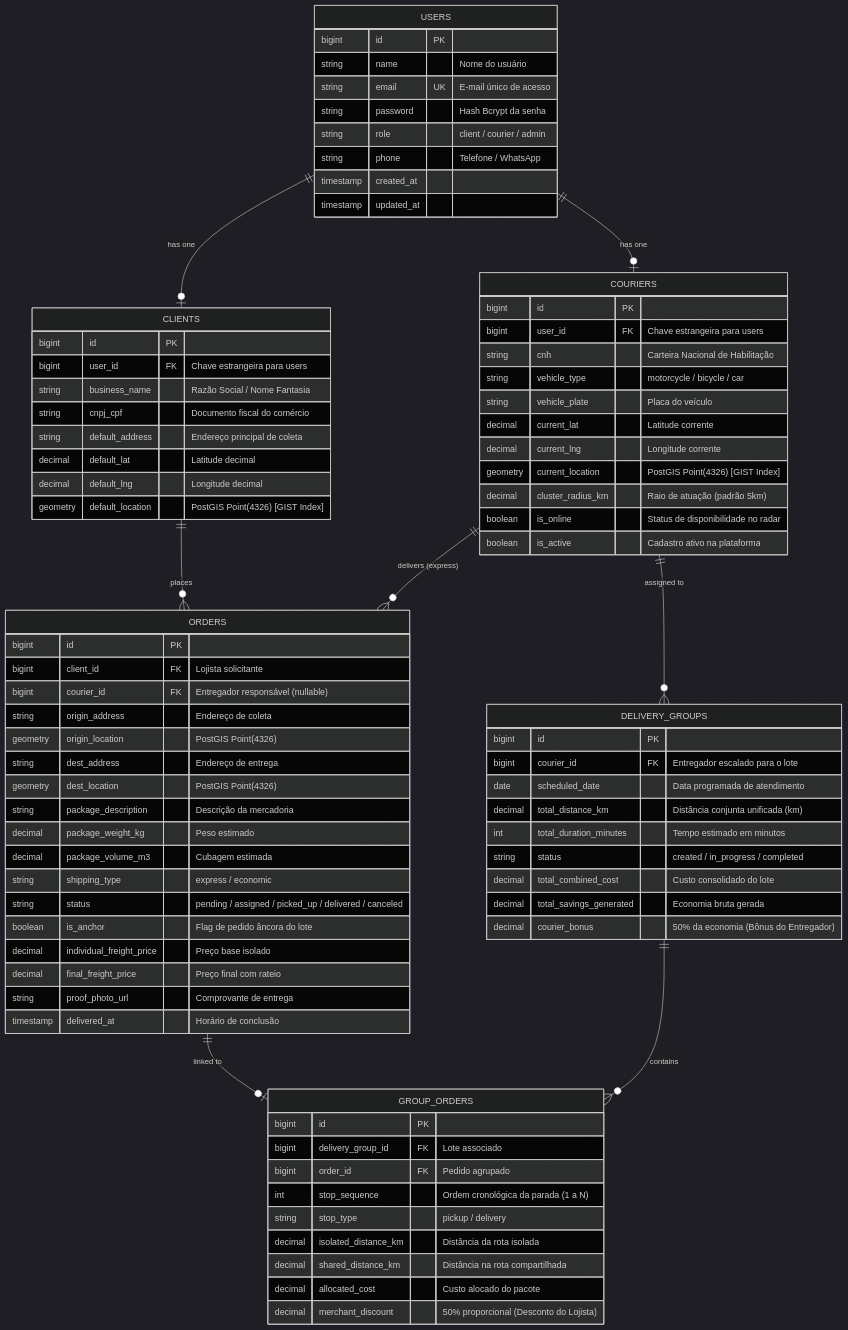
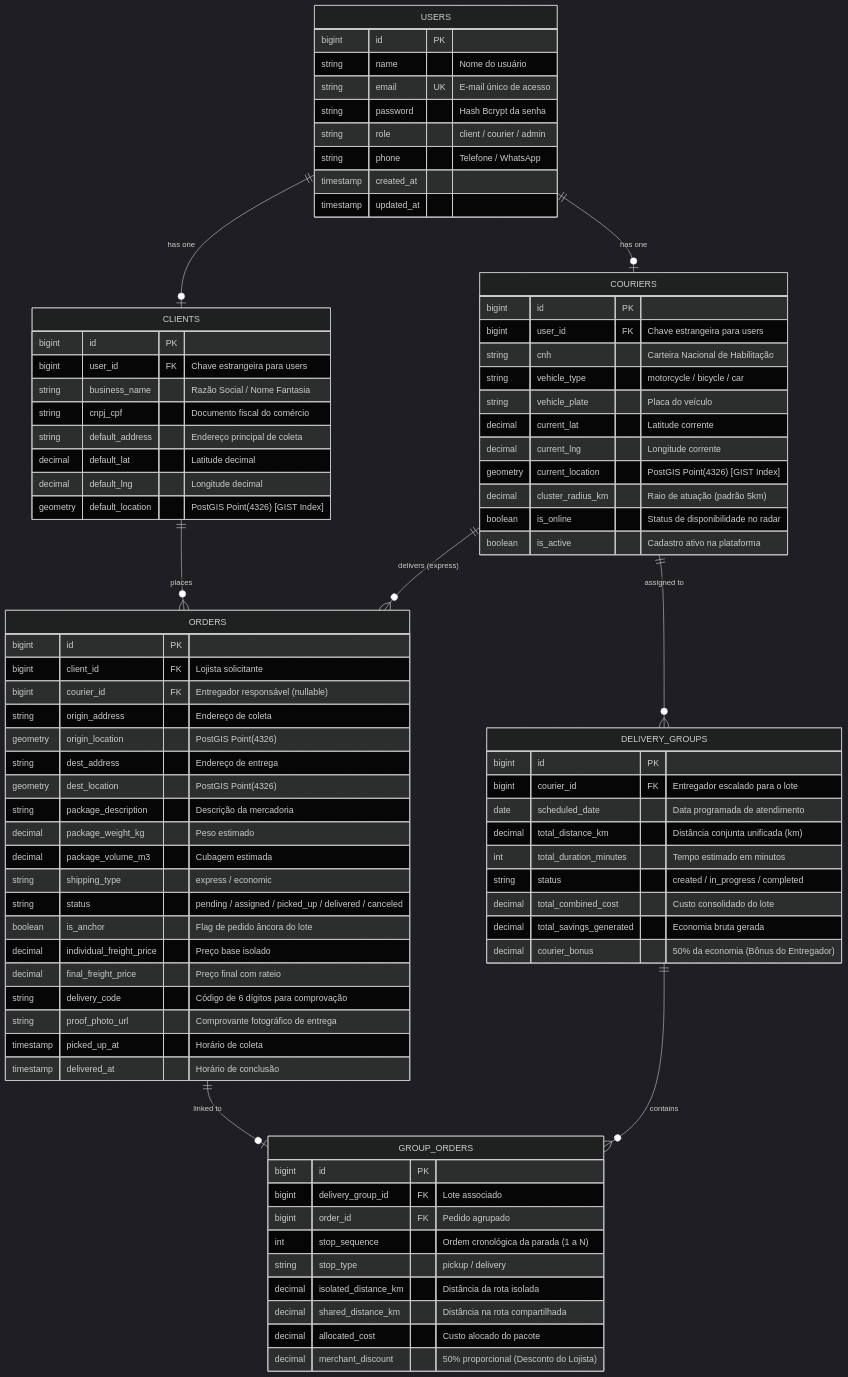
The second of 2 diagrams in mobile/README.md (LeonardoTosinPR/Zarpa), drawn with Mermaid (dark theme) before and after one commit. The commit also changed other lines of this file and 3 other files, not shown here.

```diff
--- a/mobile/README.md
+++ b/mobile/README.md
@@ -195,7 +195,9 @@
         boolean is_anchor "Flag de pedido âncora do lote"
         decimal individual_freight_price "Preço base isolado"
         decimal final_freight_price "Preço final com rateio"
-        string proof_photo_url "Comprovante de entrega"
+        string delivery_code "Código de 6 dígitos para comprovação"
+        string proof_photo_url "Comprovante fotográfico de entrega"
+        timestamp picked_up_at "Horário de coleta"
         timestamp delivered_at "Horário de conclusão"
     }
 
```
